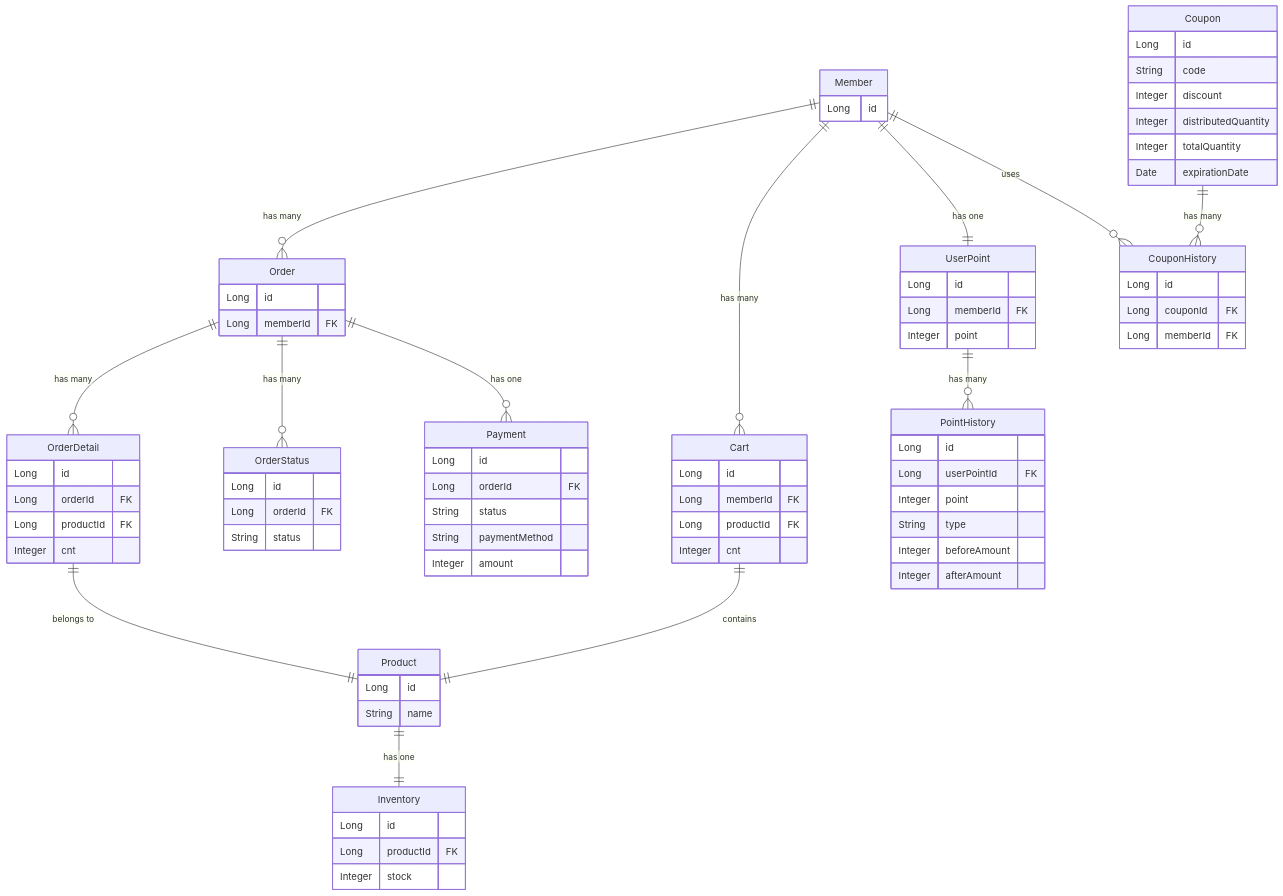
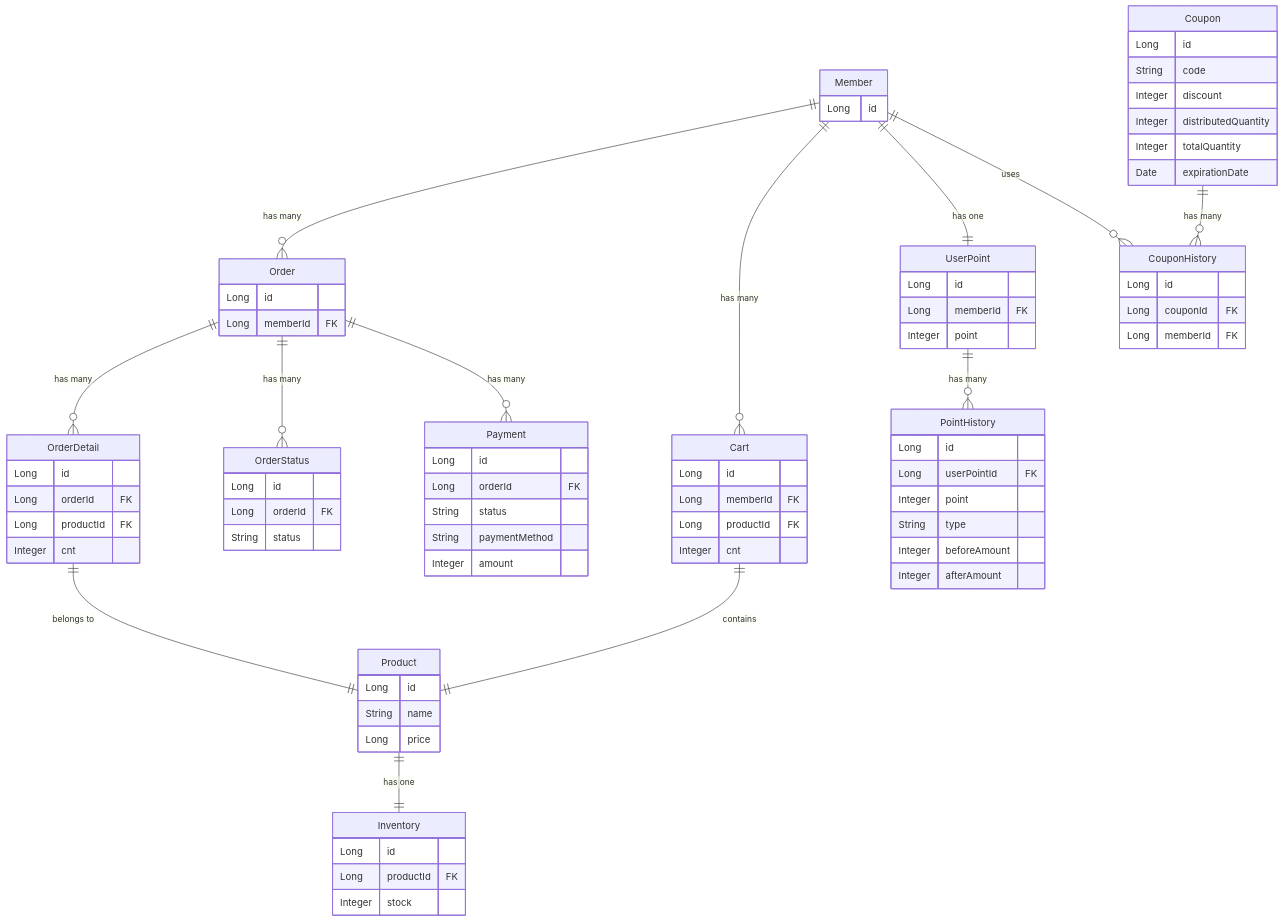
One commit to nashs789/hhplus-commerce changed the sixth of 6 diagrams in README.md. Above: the diagram before and after it, drawn with Mermaid.

Commit message:
📖Docs: RED 수정

```diff
--- a/README.md
+++ b/README.md
@@ -132,6 +132,7 @@
     Product {
         Long id
         String name
+        Long price
     }
     Order {
         Long id
@@ -201,7 +202,7 @@
     Cart ||--|| Product : "contains"
     Member ||--|| UserPoint : "has one"
     UserPoint ||--o{ PointHistory : "has many"
-    Order ||--o{ Payment : "has one"
+    Order ||--o{ Payment : "has many"
     Product ||--|| Inventory : "has one"
     Coupon ||--o{ CouponHistory : "has many"
     Member ||--o{ CouponHistory : "uses"
```
